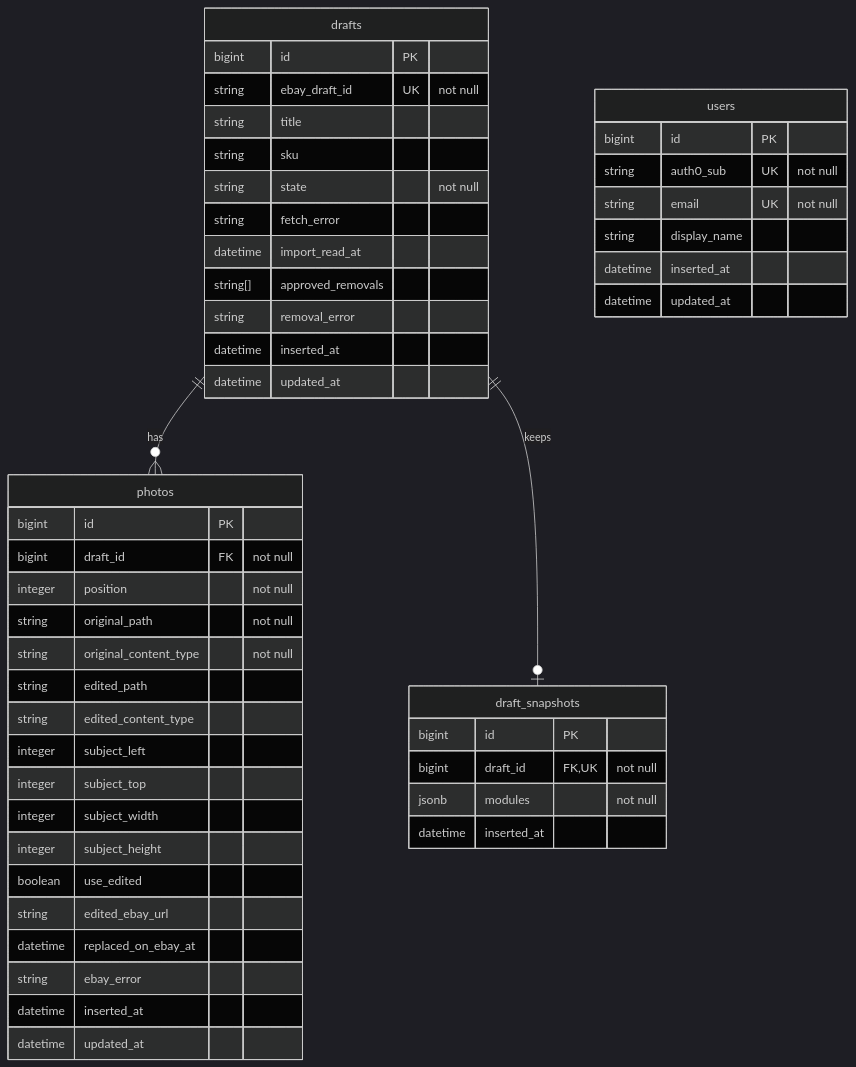
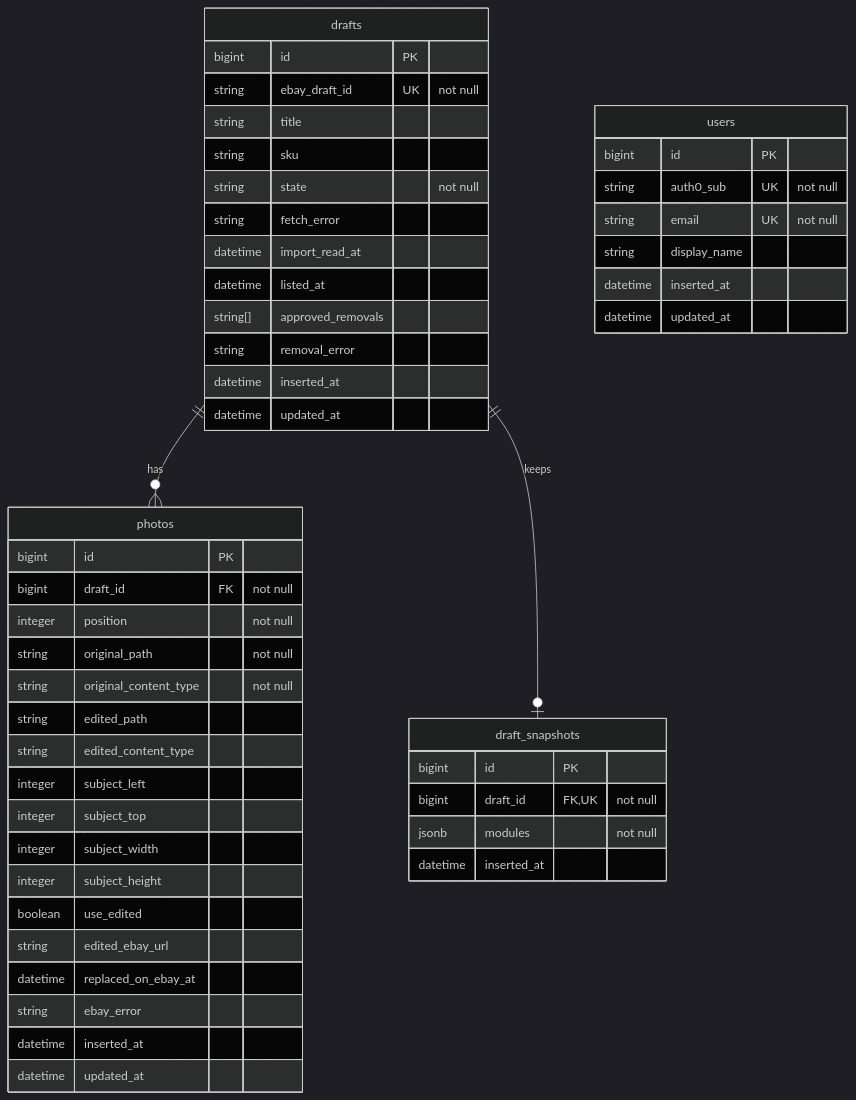
The diagram in docs/erd.md (dewetblomerus/flipper), drawn with Mermaid (dark theme) before and after one commit. The commit also changed other lines of this file and 10 other files, not shown here.

````diff
--- a/docs/erd.md
+++ b/docs/erd.md
@@ -7,55 +7,56 @@
 ```mermaid
 erDiagram
     drafts ||--o{ photos : has
     drafts ||--o| draft_snapshots : keeps
 
     users {
         bigint id PK
         string auth0_sub UK "not null"
         string email UK "not null"
         string display_name
         datetime inserted_at
         datetime updated_at
     }
 
     drafts {
         bigint id PK
         string ebay_draft_id UK "not null"
         string title
         string sku
         string state "not null"
         string fetch_error
         datetime import_read_at
+        datetime listed_at
         string[] approved_removals
         string removal_error
         datetime inserted_at
         datetime updated_at
     }
 
     photos {
         bigint id PK
         bigint draft_id FK "not null"
         integer position "not null"
         string original_path "not null"
         string original_content_type "not null"
         string edited_path
         string edited_content_type
         integer subject_left
         integer subject_top
         integer subject_width
         integer subject_height
         boolean use_edited
         string edited_ebay_url
         datetime replaced_on_ebay_at
         string ebay_error
         datetime inserted_at
         datetime updated_at
     }
 
     draft_snapshots {
         bigint id PK
         bigint draft_id FK,UK "not null"
         jsonb modules "not null"
         datetime inserted_at
     }
 ```
````
